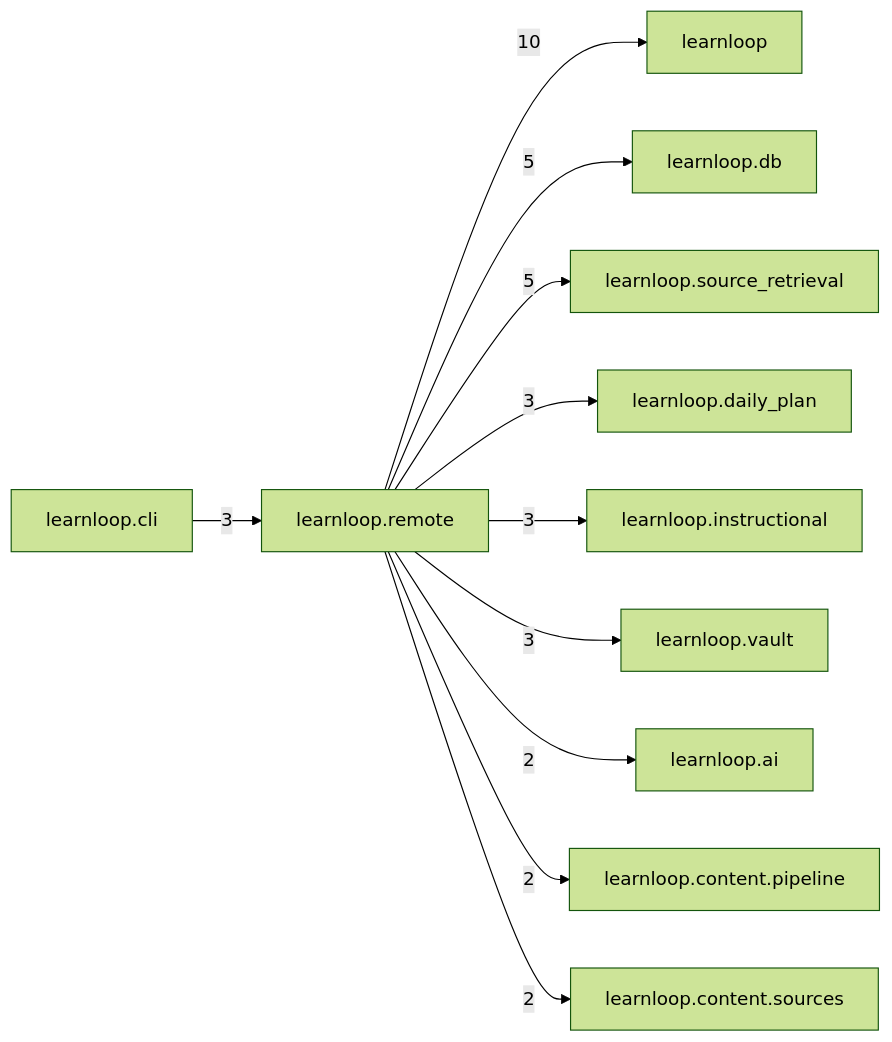
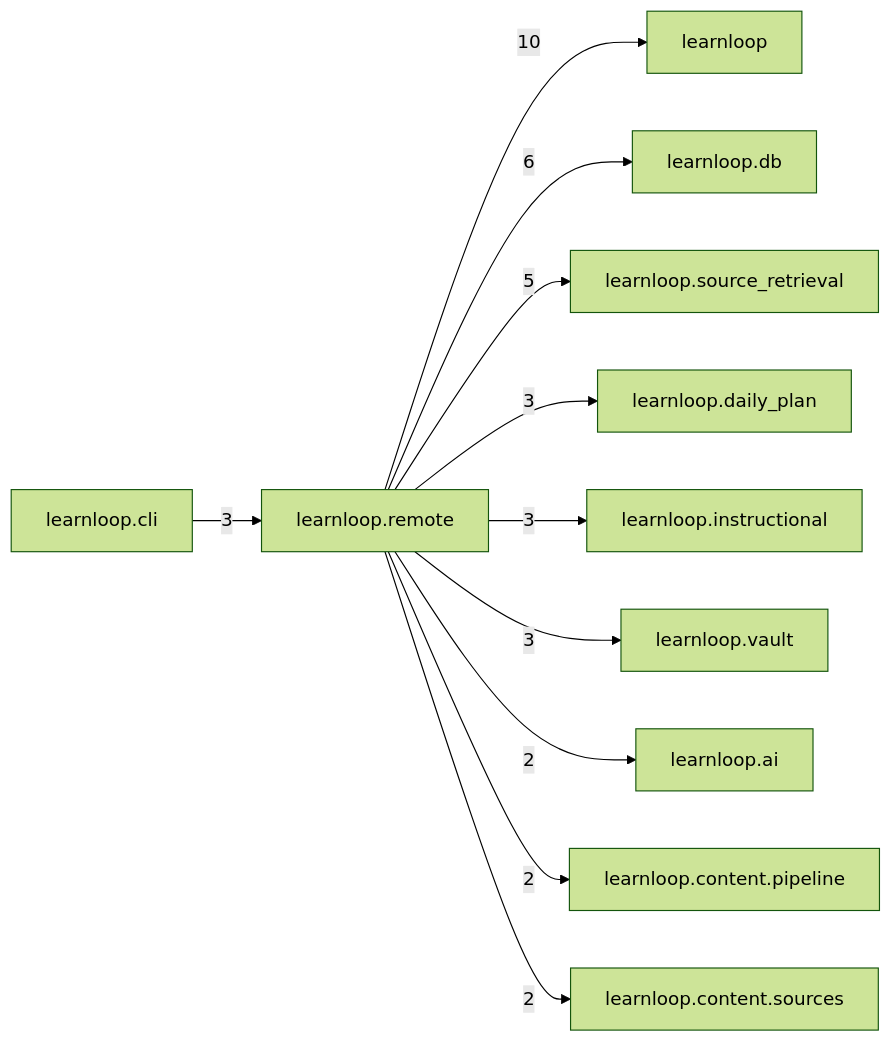
One commit to 6up-b/learnanything changed the diagram in docs/learnloop-architecture-vault/Reference/Modules/learnloop/remote/_package.md. Above: the diagram before and after it, drawn with Mermaid (forest theme). The commit also changed other lines of this file and 39 other files, not shown here.

````diff
--- a/docs/learnloop-architecture-vault/Reference/Modules/learnloop/remote/_package.md
+++ b/docs/learnloop-architecture-vault/Reference/Modules/learnloop/remote/_package.md
@@ -88,24 +88,24 @@
 ```mermaid
 flowchart LR
     center["learnloop.remote"]
     n_learnloop["learnloop"]
     n_learnloop_db["learnloop.db"]
     n_learnloop_source_retrieval["learnloop.source_retrieval"]
     n_learnloop_cli["learnloop.cli"]
     n_learnloop_daily_plan["learnloop.daily_plan"]
     n_learnloop_instructional["learnloop.instructional"]
     n_learnloop_vault["learnloop.vault"]
     n_learnloop_ai["learnloop.ai"]
     n_learnloop_content_pipeline["learnloop.content.pipeline"]
     n_learnloop_content_sources["learnloop.content.sources"]
     center -->|10| n_learnloop
-    center -->|5| n_learnloop_db
+    center -->|6| n_learnloop_db
     center -->|5| n_learnloop_source_retrieval
     n_learnloop_cli -->|3| center
     center -->|3| n_learnloop_daily_plan
     center -->|3| n_learnloop_instructional
     center -->|3| n_learnloop_vault
     center -->|2| n_learnloop_ai
     center -->|2| n_learnloop_content_pipeline
     center -->|2| n_learnloop_content_sources
 ```
````
